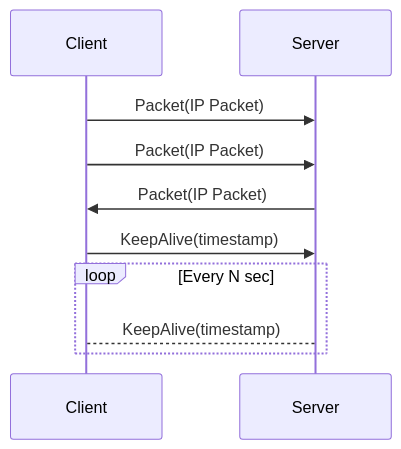
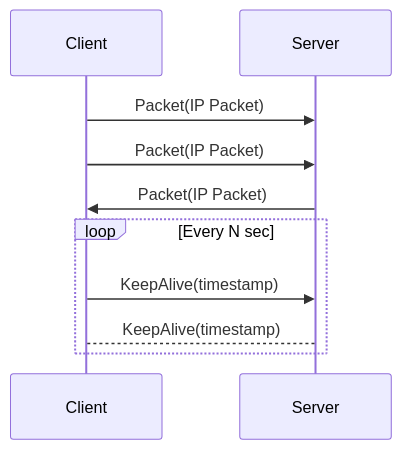
Before and after one commit to holynet-zone/vpn: the third of 3 diagrams in README.md, drawn with Mermaid. The commit also changed other lines of this file, not shown here.

````diff
--- a/README.md
+++ b/README.md
@@ -117,13 +175,13 @@
 ```mermaid
 sequenceDiagram
     participant Client
     participant Server
 
     Client->>Server: Packet(IP Packet)
     Client->>Server: Packet(IP Packet)
     Server->>Client: Packet(IP Packet)
-    Client->>Server: KeepAlive(timestamp)
     loop Every N sec
+        Client->>Server: KeepAlive(timestamp)
         Client-->Server: KeepAlive(timestamp)
     end
 ```
````
